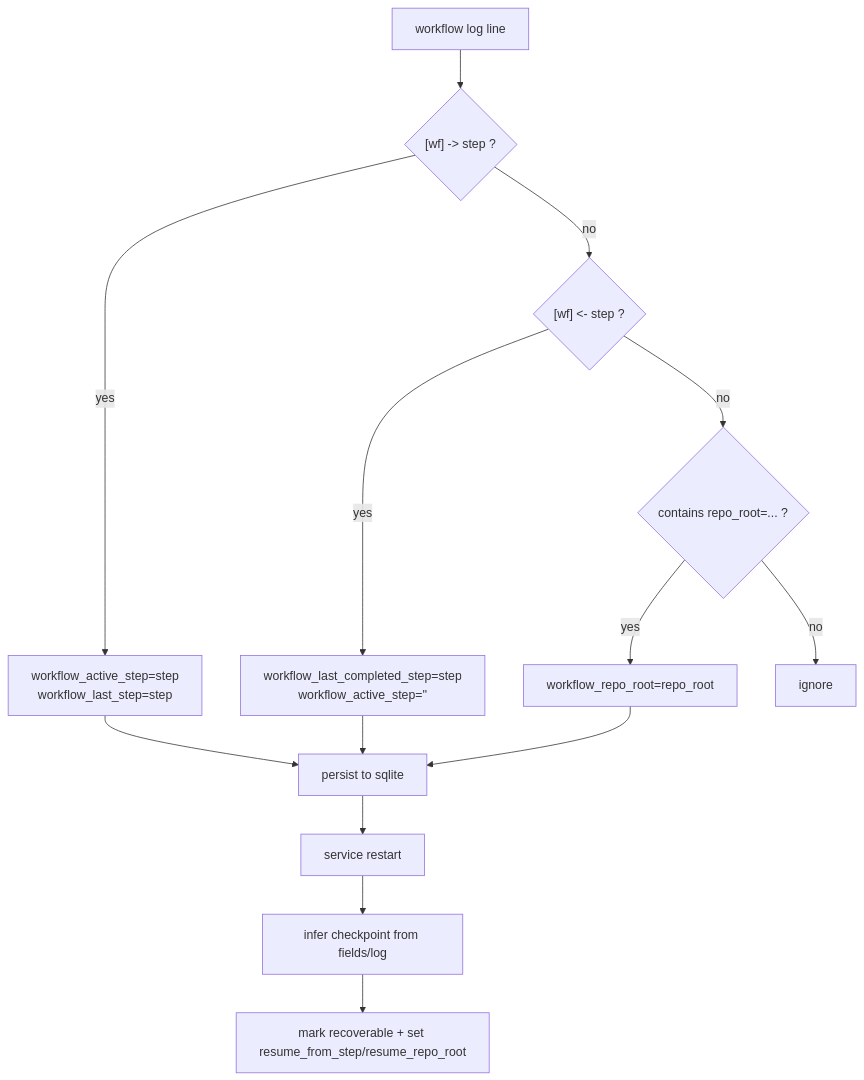
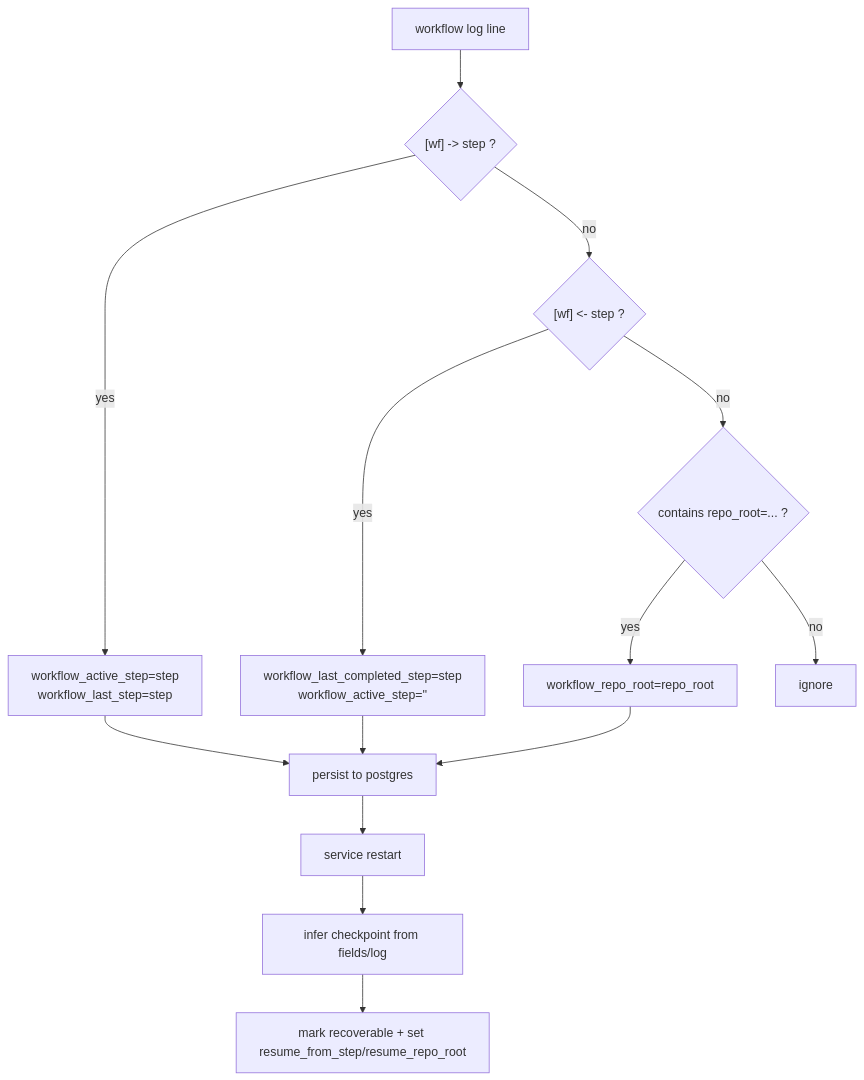
The tenth of 13 diagrams in README.md (ZUENS2020/Sherpa), drawn with Mermaid before and after one commit. The commit also changed other lines of this file and 28 other files, not shown here.

````diff
--- a/README.md
+++ b/README.md
@@ -563,18 +570,18 @@
 ```mermaid
 flowchart TD
   L["workflow log line"] --> M1{"[wf] -> step ?"}
   M1 -->|"yes"| U1["workflow_active_step=step<br/>workflow_last_step=step"]
   M1 -->|"no"| M2{"[wf] <- step ?"}
   M2 -->|"yes"| U2["workflow_last_completed_step=step<br/>workflow_active_step=''"]
   M2 -->|"no"| M3{"contains repo_root=... ?"}
   M3 -->|"yes"| U3["workflow_repo_root=repo_root"]
   M3 -->|"no"| END0["ignore"]
 
-  U1 --> SAVE["persist to sqlite"]
+  U1 --> SAVE["persist to postgres"]
   U2 --> SAVE
   U3 --> SAVE
 
   SAVE --> RST["service restart"]
   RST --> INF["infer checkpoint from fields/log"]
   INF --> REC["mark recoverable + set resume_from_step/resume_repo_root"]
 ```
````
